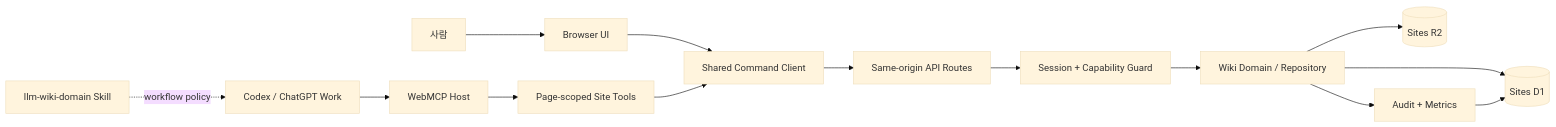
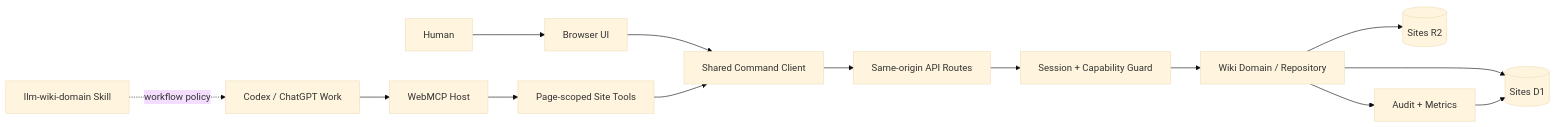
Before and after one commit to rca32/llmwiki-webmcp: the first of 3 diagrams in docs/SYSTEM_DESIGN.md, drawn with Mermaid (base theme). The commit also changed other lines of this file and 19 other files, not shown here.

````diff
--- a/docs/SYSTEM_DESIGN.md
+++ b/docs/SYSTEM_DESIGN.md
@@ -59,16 +59,16 @@
 ```mermaid
 flowchart LR
-    Human[사람] --> UI[Browser UI]
+    Human[Human] --> UI[Browser UI]
     Agent[Codex / ChatGPT Work] --> Host[WebMCP Host]
     Host --> Tools[Page-scoped Site Tools]
     UI --> Client[Shared Command Client]
     Tools --> Client
     Client --> API[Same-origin API Routes]
     API --> Session[Session + Capability Guard]
     Session --> Domain[Wiki Domain / Repository]
     Domain --> D1[(Sites D1)]
     Domain --> R2[(Sites R2)]
     Domain --> Audit[Audit + Metrics]
     Audit --> D1
     Skill[llm-wiki-domain Skill] -. workflow policy .-> Agent
 ```
````
